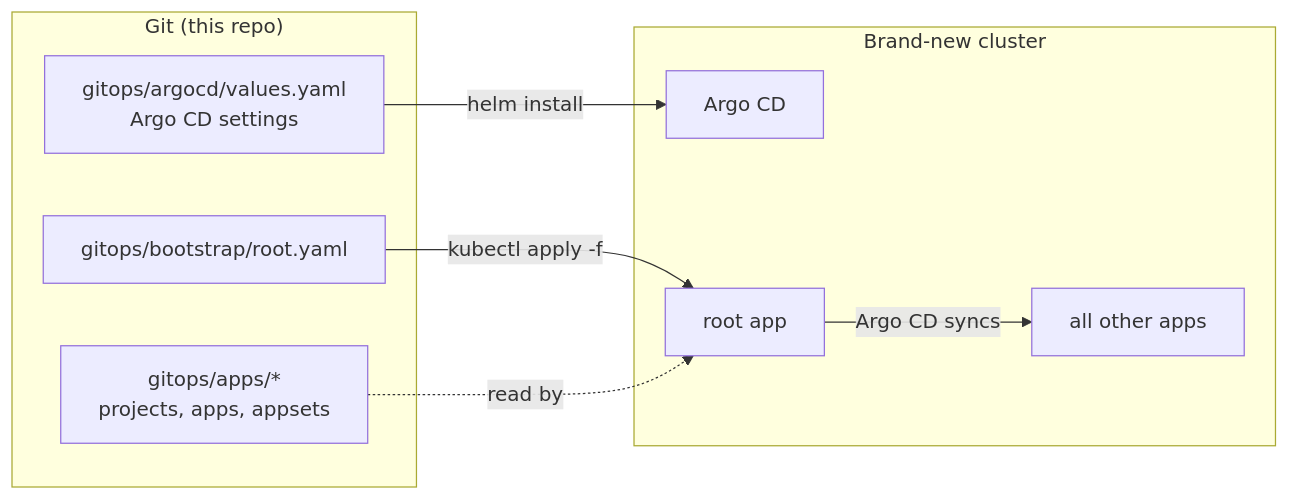
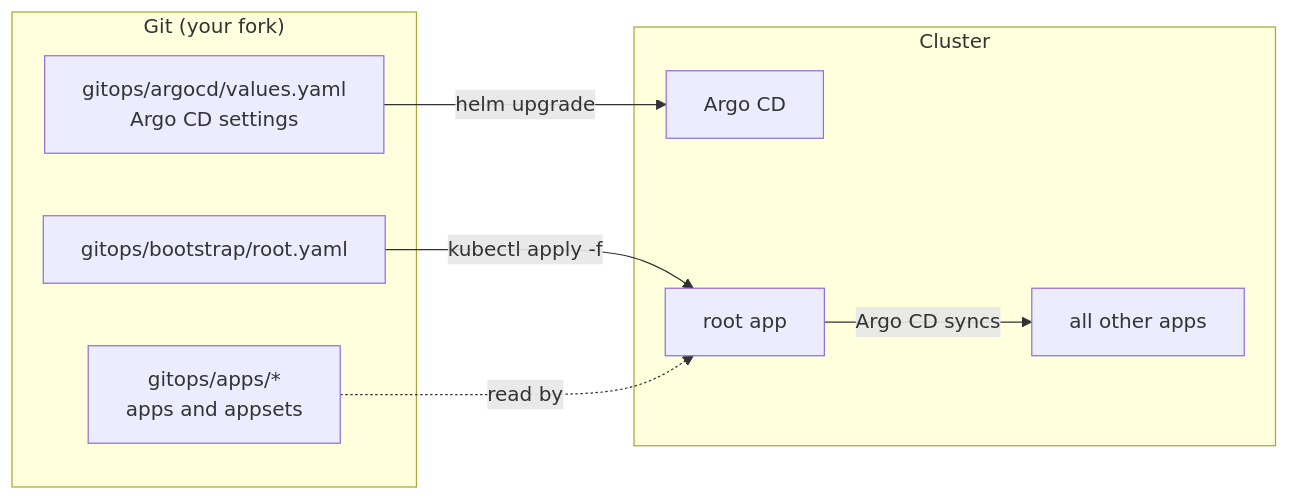
One commit to andel7/kubecon-na-2026-most-boring-talk changed the diagram in argo-cd-disaster-recovery-workshop/README.md. Above: the diagram before and after it, drawn with Mermaid. The commit also changed other lines of this file and 27 other files, not shown here.

Commit message:
A single cluster and an always running Argo CD; deleting just the apps

````diff
--- a/argo-cd-disaster-recovery-workshop/README.md
+++ b/argo-cd-disaster-recovery-workshop/README.md
@@ -10,17 +10,17 @@
 ```mermaid
 flowchart LR
-  subgraph Git["Git (this repo)"]
+  subgraph Git["Git (your fork)"]
     A[gitops/argocd/values.yaml<br/>Argo CD settings]
     B[gitops/bootstrap/root.yaml]
-    C[gitops/apps/*<br/>projects, apps, appsets]
+    C[gitops/apps/*<br/>apps and appsets]
   end
-  subgraph New["Brand-new cluster"]
+  subgraph Cluster["Cluster"]
     D[Argo CD]
     E[root app]
     F[all other apps]
   end
-  A -- "helm install" --> D
+  A -- "helm upgrade" --> D
   B -- "kubectl apply -f" --> E
   E -- "Argo CD syncs" --> F
   C -. read by .-> E
 ```
````
